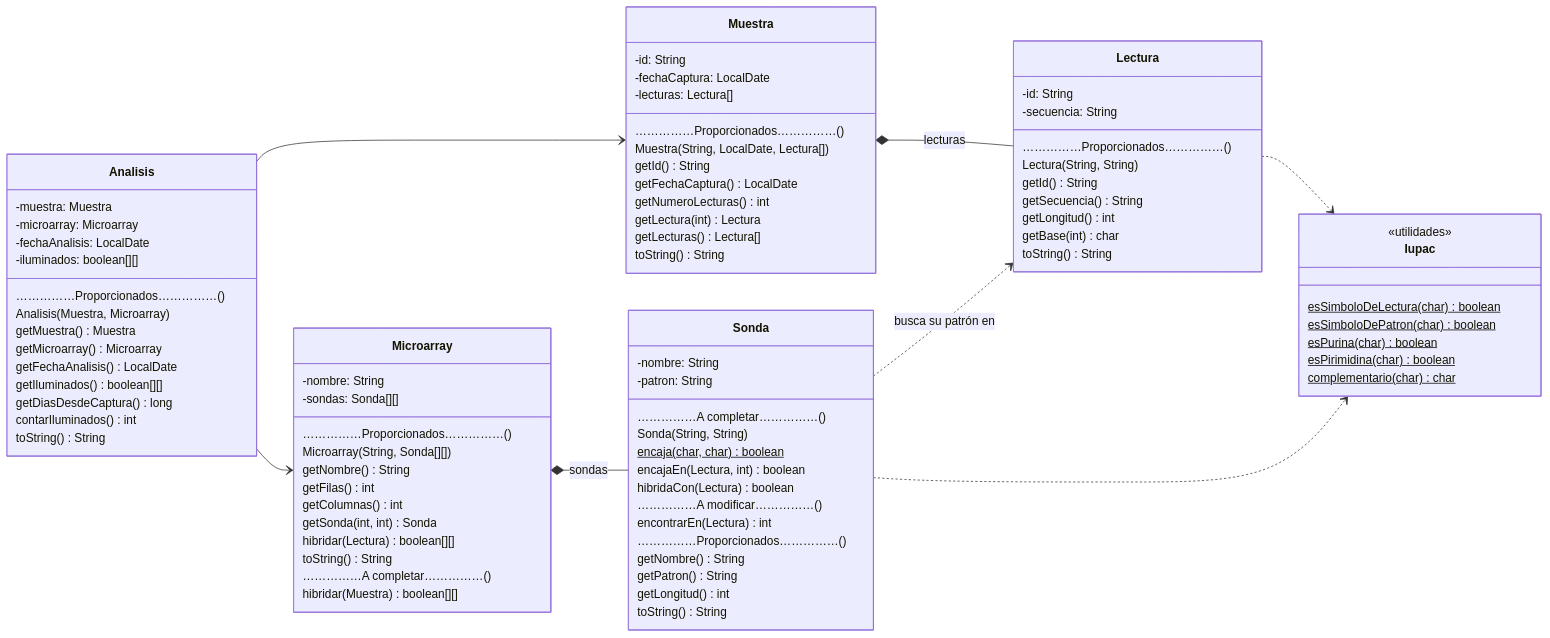
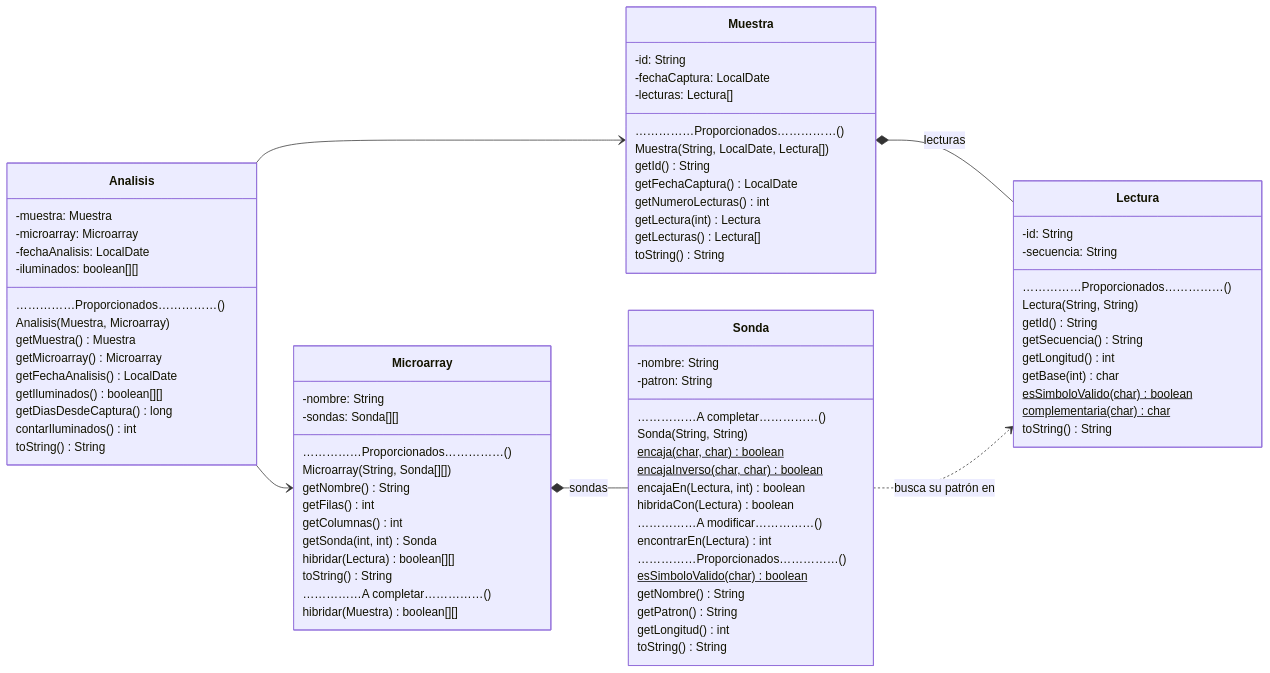
Before and after one commit to ysmartin/fprg-2026-P2-dev: the diagram in README.md, drawn with Mermaid. The commit also changed other lines of this file and 33 other files, not shown here.

First line of the commit message:
P2: búsqueda en las dos hebras en encajaEn y sin Iupac ni enumerados

`````diff
--- a/README.md
+++ b/README.md
@@ -83,15 +105,6 @@
 ````mermaid
 classDiagram
 direction LR
-
-class Iupac {
-<<utilidades>>
-esSimboloDeLectura(char) boolean$
-esSimboloDePatron(char) boolean$
-esPurina(char) boolean$
-esPirimidina(char) boolean$
-complementario(char) char$
-}
 
 class Lectura {
 -id: String
@@ -102,6 +115,8 @@
 getSecuencia() String
 getLongitud() int
 getBase(int) char
+esSimboloValido(char) boolean$
+complementaria(char) char$
 toString() String
 }
 
@@ -125,11 +140,13 @@
 ……………A completar……………()
 Sonda(String, String)
 encaja(char, char) boolean$
+encajaInverso(char, char) boolean$
 encajaEn(Lectura, int) boolean
 hibridaCon(Lectura) boolean
 ……………A modificar……………()
 encontrarEn(Lectura) int
 ……………Proporcionados……………()
+esSimboloValido(char) boolean$
 getNombre() String
 getPatron() String
 getLongitud() int
@@ -172,6 +189,4 @@
 Analisis --> Muestra
 Analisis --> Microarray
 Sonda ..> Lectura : busca su patrón en
-Sonda ..> Iupac
-Lectura ..> Iupac
 ````
`````
